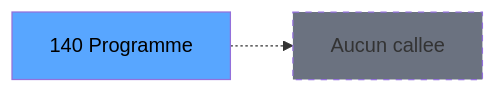
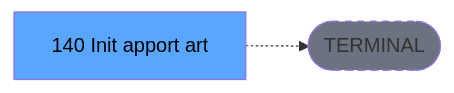
One commit to thonyAGP/lecteur-magic changed the third of 3 diagrams in .openspec/renders/ADH-IDE-140.md. Above: the diagram before and after it, drawn with Mermaid. The commit also changed other lines of this file and 701 other files, not shown here.

````diff
--- a/.openspec/renders/ADH-IDE-140.md
+++ b/.openspec/renders/ADH-IDE-140.md
@@ -137,8 +136,8 @@
 ```mermaid
 graph LR
-    T[140 Programme]
-    NONE[Aucun callee]
-    T -.-> NONE
+    T[140 Init apport art]
+    TERM([TERMINAL])
+    T -.-> TERM
+    style TERM fill:#6b7280,stroke-dasharray: 5 5
     style T fill:#58a6ff,color:#000
-    style NONE fill:#6b7280,stroke-dasharray: 5 5
 ```
````
